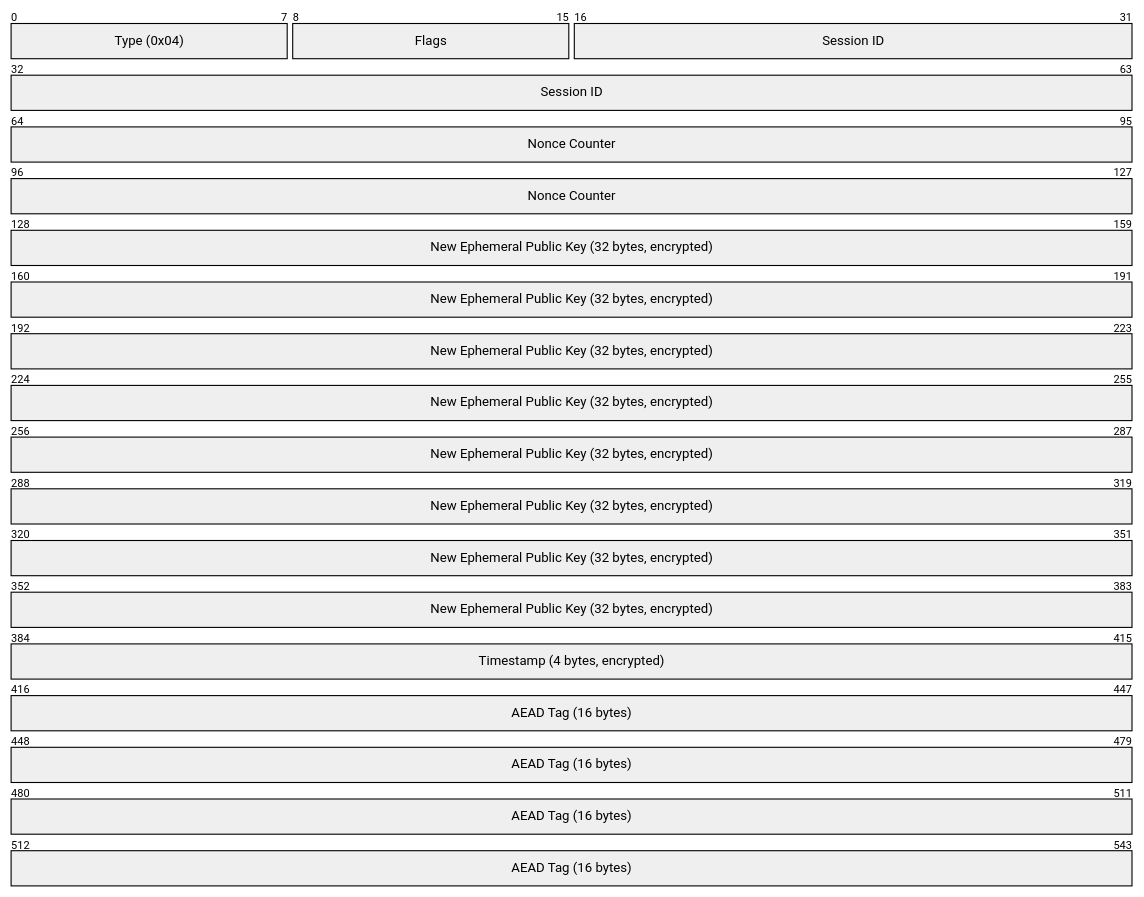
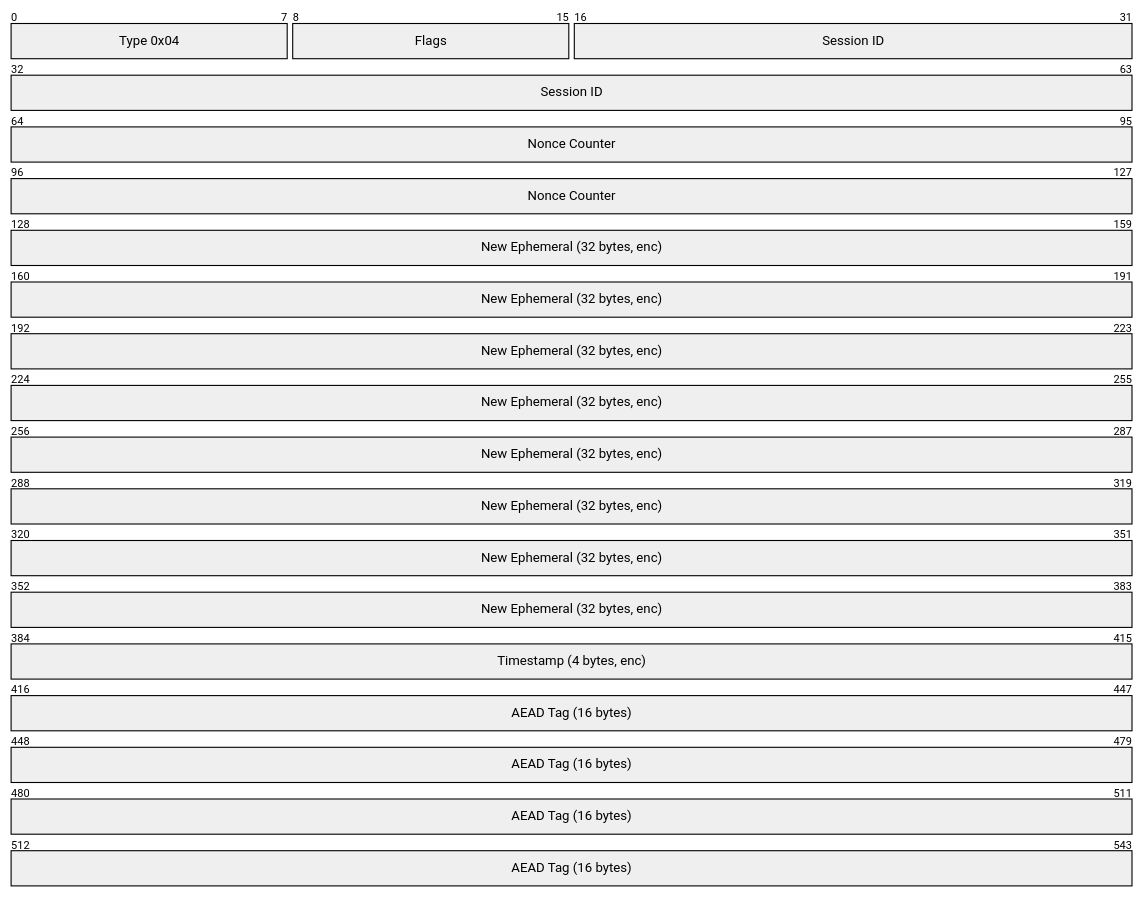
Before and after one commit to DanEscher98/nomad-specs: the fifth of 6 diagrams in specs/SECURITY.md, drawn with Mermaid. The commit also changed other lines of this file and 5 other files, not shown here.

First line of the commit message:
fix: convert packet-beta to packet with +count syntax

````diff
--- a/specs/SECURITY.md
+++ b/specs/SECURITY.md
@@ -171,10 +171,10 @@
 ```mermaid
-packet-beta
-  0-7: "Type (0x04)"
-  8-15: "Flags"
-  16-63: "Session ID"
-  64-127: "Nonce Counter"
-  128-383: "New Ephemeral Public Key (32 bytes, encrypted)"
-  384-415: "Timestamp (4 bytes, encrypted)"
-  416-543: "AEAD Tag (16 bytes)"
+packet
+  +8: "Type 0x04"
+  +8: "Flags"
+  +48: "Session ID"
+  +64: "Nonce Counter"
+  +256: "New Ephemeral (32 bytes, enc)"
+  +32: "Timestamp (4 bytes, enc)"
+  +128: "AEAD Tag (16 bytes)"
 ```
````
